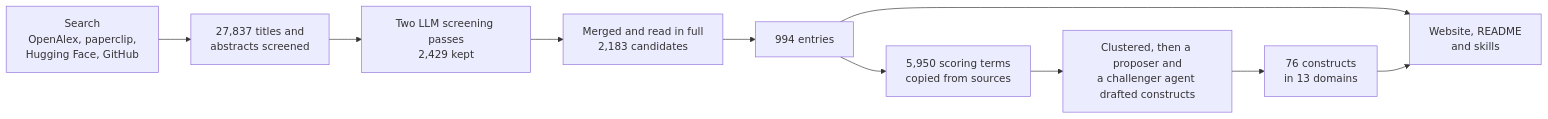
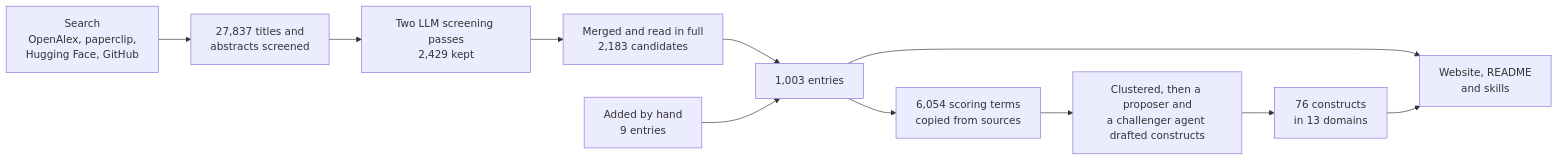
Before and after one commit to littlehifive/awesome-health-ai-evals: the diagram in README.md, drawn with Mermaid. The commit also changed other lines of this file and 37 other files, not shown here.

````diff
--- a/README.md
+++ b/README.md
@@ -18,12 +18,13 @@
 ```mermaid
 flowchart LR
   A["Search<br>OpenAlex, paperclip,<br>Hugging Face, GitHub"] --> B["27,837 titles and<br>abstracts screened"]
   B --> C["Two LLM screening passes<br>2,429 kept"]
   C --> D["Merged and read in full<br>2,183 candidates"]
-  D --> E["994 entries"]
-  E --> F["5,950 scoring terms<br>copied from sources"]
+  D --> E["1,003 entries"]
+  M["Added by hand<br>9 entries"] --> E
+  E --> F["6,054 scoring terms<br>copied from sources"]
   F --> G["Clustered, then a proposer and<br>a challenger agent drafted constructs"]
   G --> H["76 constructs<br>in 13 domains"]
   E --> I["Website, README<br>and skills"]
   H --> I
 ```
````
